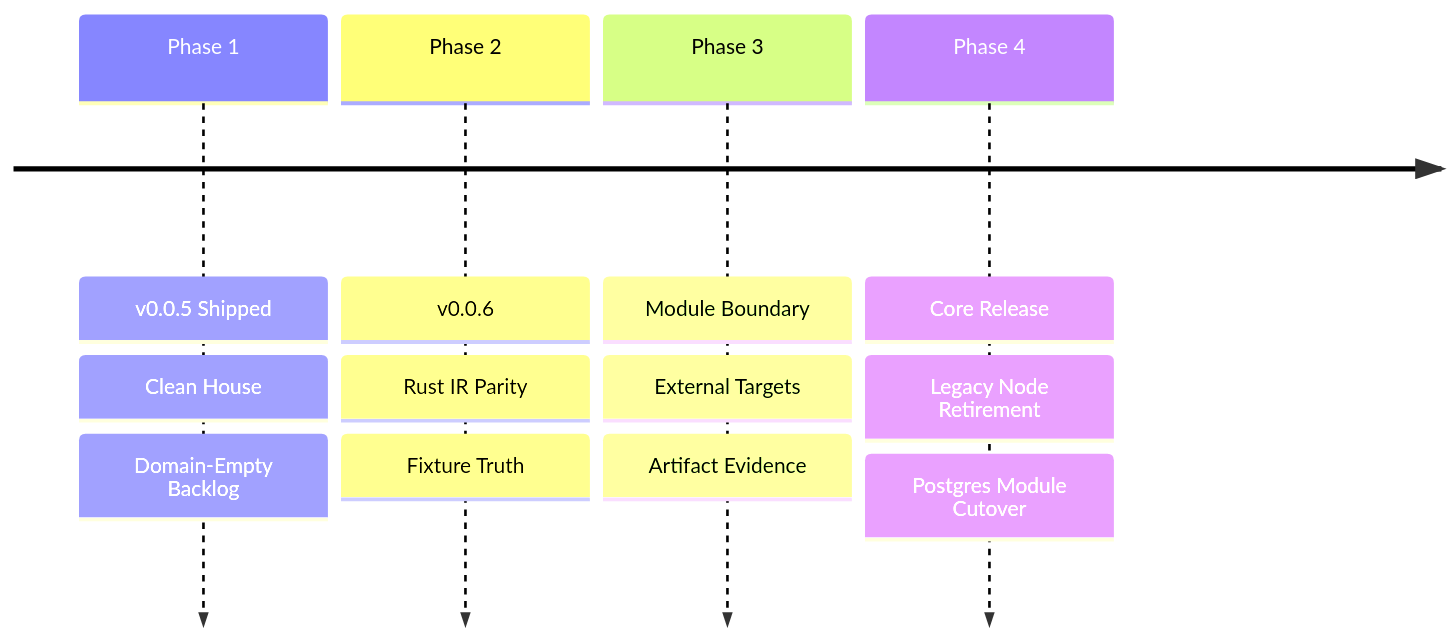
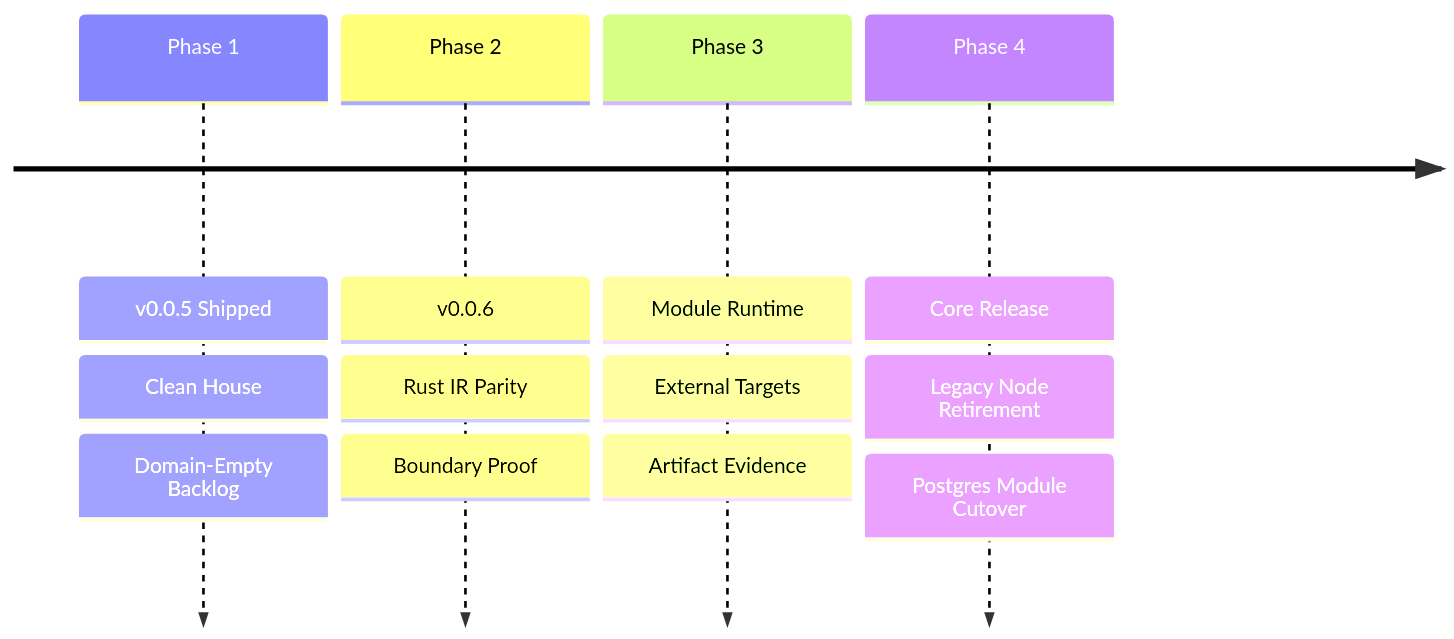
Before and after one commit to flyingrobots/wesley: the diagram in docs/BEARING.md, drawn with Mermaid. The commit also changed other lines of this file, not shown here.

````diff
--- a/docs/BEARING.md
+++ b/docs/BEARING.md
@@ -7,7 +7,7 @@
 ```mermaid
 timeline
     Phase 1 : v0.0.5 Shipped : Clean House : Domain-Empty Backlog
-    Phase 2 : v0.0.6 : Rust IR Parity : Fixture Truth
-    Phase 3 : Module Boundary : External Targets : Artifact Evidence
+    Phase 2 : v0.0.6 : Rust IR Parity : Boundary Proof
+    Phase 3 : Module Runtime : External Targets : Artifact Evidence
     Phase 4 : Core Release : Legacy Node Retirement : Postgres Module Cutover
 ```
````
